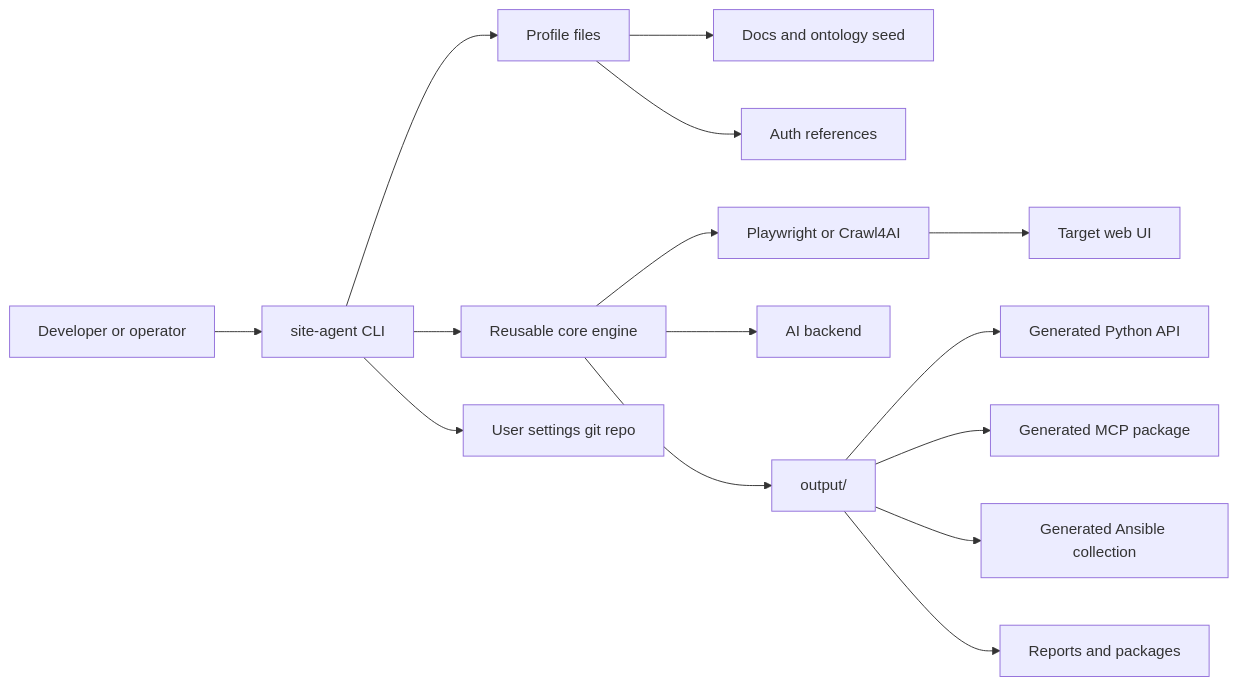
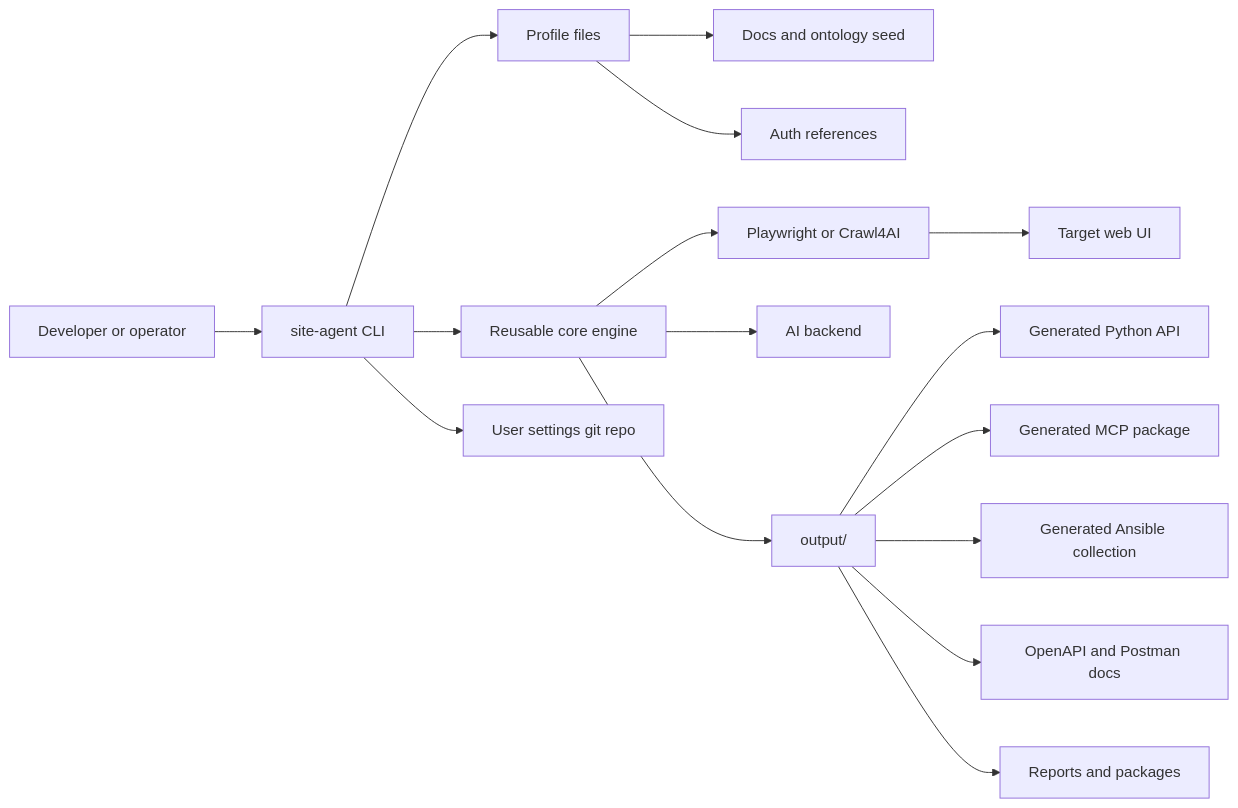
One commit to akarasulu/site-agent changed the first of 3 diagrams in docs/01_ARCHITECTURE.md. Above: the diagram before and after it, drawn with Mermaid. The commit also changed other lines of this file and 18 other files, not shown here.

Commit message:
Add generated OpenAPI and Postman docs

````diff
--- a/docs/01_ARCHITECTURE.md
+++ b/docs/01_ARCHITECTURE.md
@@ -27,17 +28,18 @@
 ```mermaid
 flowchart LR
   User[Developer or operator] --> CLI[site-agent CLI]
   CLI --> Profiles[Profile files]
   CLI --> Core[Reusable core engine]
   Profiles --> Docs[Docs and ontology seed]
   Profiles --> Auth[Auth references]
   Core --> Browser[Playwright or Crawl4AI]
   Browser --> Target[Target web UI]
   Core --> AI[AI backend]
   Core --> Output[output/<profile>]
   Output --> API[Generated Python API]
   Output --> MCP[Generated MCP package]
   Output --> Ansible[Generated Ansible collection]
+  Output --> APIDocs[OpenAPI and Postman docs]
   Output --> Reports[Reports and packages]
   CLI --> SettingsRepo[User settings git repo]
 ```
````
